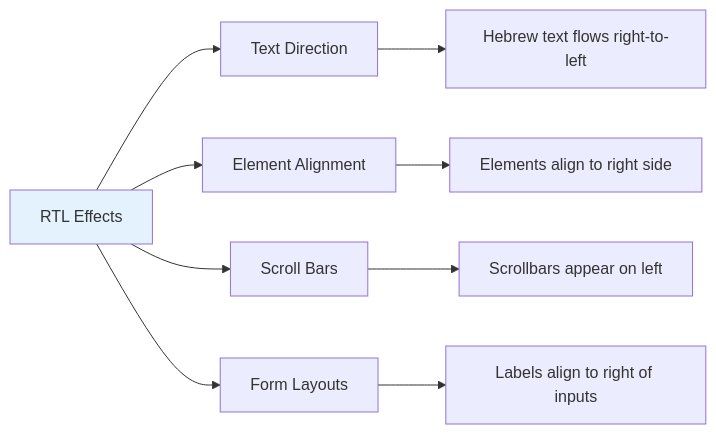
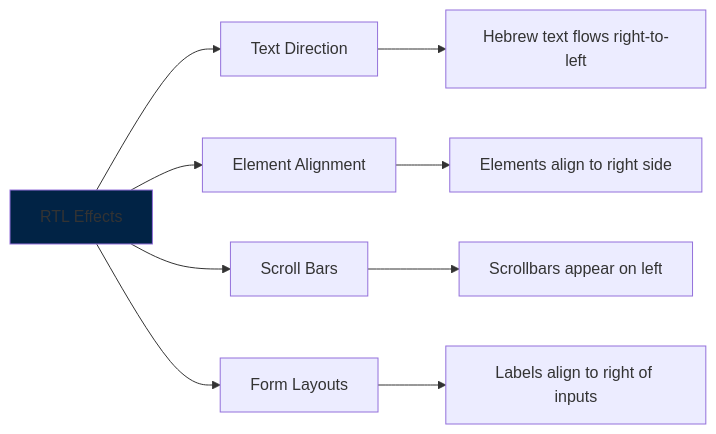
One commit to EliGuriel/Course_Meeting5 changed the third of 4 diagrams in הסבר מפורט - תבנית Thymeleaf עם עברית ו-RTL.md. Above: the diagram before and after it, drawn with Mermaid. The commit also changed other lines of this file and 1 other file, not shown here.

````diff
--- a/הסבר מפורט - תבנית Thymeleaf עם עברית ו-RTL.md
+++ b/הסבר מפורט - תבנית Thymeleaf עם עברית ו-RTL.md
@@ -305,14 +307,14 @@
 ```mermaid
 graph LR
     A[RTL Effects] --> B[Text Direction]
     A --> C[Element Alignment]
     A --> D[Scroll Bars]
     A --> E[Form Layouts]
     
     B --> B1[Hebrew text flows right-to-left]
     C --> C1[Elements align to right side]
     D --> D1[Scrollbars appear on left]
     E --> E1[Labels align to right of inputs]
     
-    style A fill:#e3f2fd
+    style A fill:#012345
 ```
````
